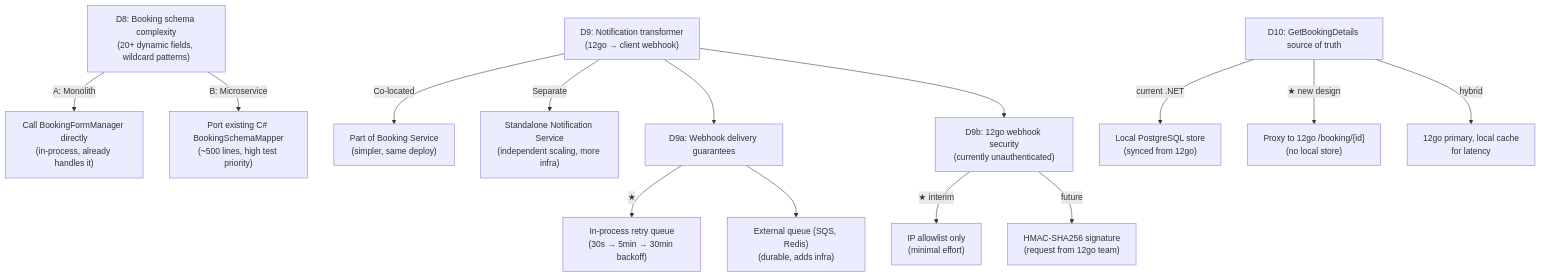
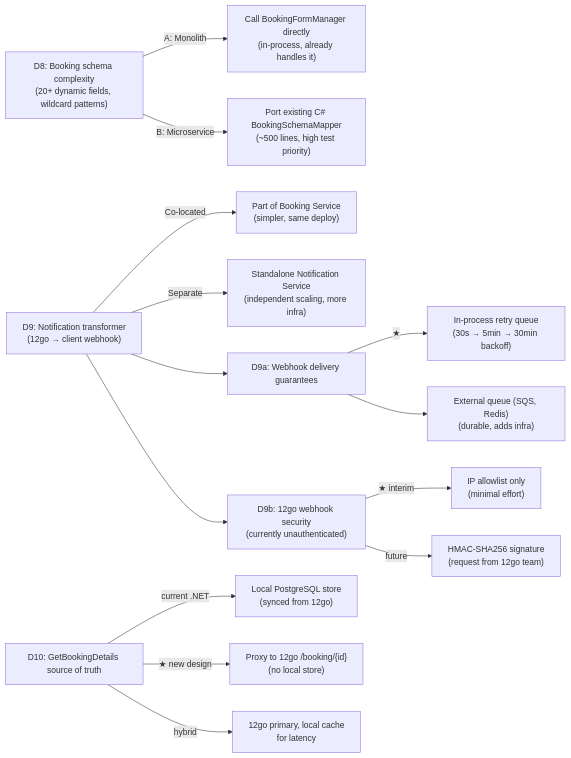
One commit to sosotravelier/tc-transition-to-12go changed the fourth of 4 diagrams in design/decision-map.md. Above: the diagram before and after it, drawn with Mermaid. The commit also changed other lines of this file and 1 other file, not shown here.

Commit message:
Change decision map diagrams from TD to LR for better readability

````diff
--- a/design/decision-map.md
+++ b/design/decision-map.md
@@ -120,23 +120,23 @@
 ```mermaid
-flowchart TD
+flowchart LR
     D8["D8: Booking schema complexity\n(20+ dynamic fields, wildcard patterns)"]
     D8 -->|A: Monolith| BSM1["Call BookingFormManager directly\n(in-process, already handles it)"]
     D8 -->|B: Microservice| BSM2["Port existing C# BookingSchemaMapper\n(~500 lines, high test priority)"]
 
     D9["D9: Notification transformer\n(12go → client webhook)"]
     D9 -->|Co-located| NT1["Part of Booking Service\n(simpler, same deploy)"]
     D9 -->|Separate| NT2["Standalone Notification Service\n(independent scaling, more infra)"]
 
     D9 --> D9a["D9a: Webhook delivery guarantees"]
     D9a -->|★| WD1["In-process retry queue\n(30s → 5min → 30min backoff)"]
     D9a --> WD2["External queue (SQS, Redis)\n(durable, adds infra)"]
 
     D9 --> D9b["D9b: 12go webhook security\n(currently unauthenticated)"]
     D9b -->|★ interim| WS1["IP allowlist only\n(minimal effort)"]
     D9b -->|future| WS2["HMAC-SHA256 signature\n(request from 12go team)"]
 
     D10["D10: GetBookingDetails source of truth"]
     D10 -->|current .NET| BD1["Local PostgreSQL store\n(synced from 12go)"]
     D10 -->|★ new design| BD2["Proxy to 12go /booking/{id}\n(no local store)"]
     D10 -->|hybrid| BD3["12go primary, local cache\nfor latency"]
 ```
````
